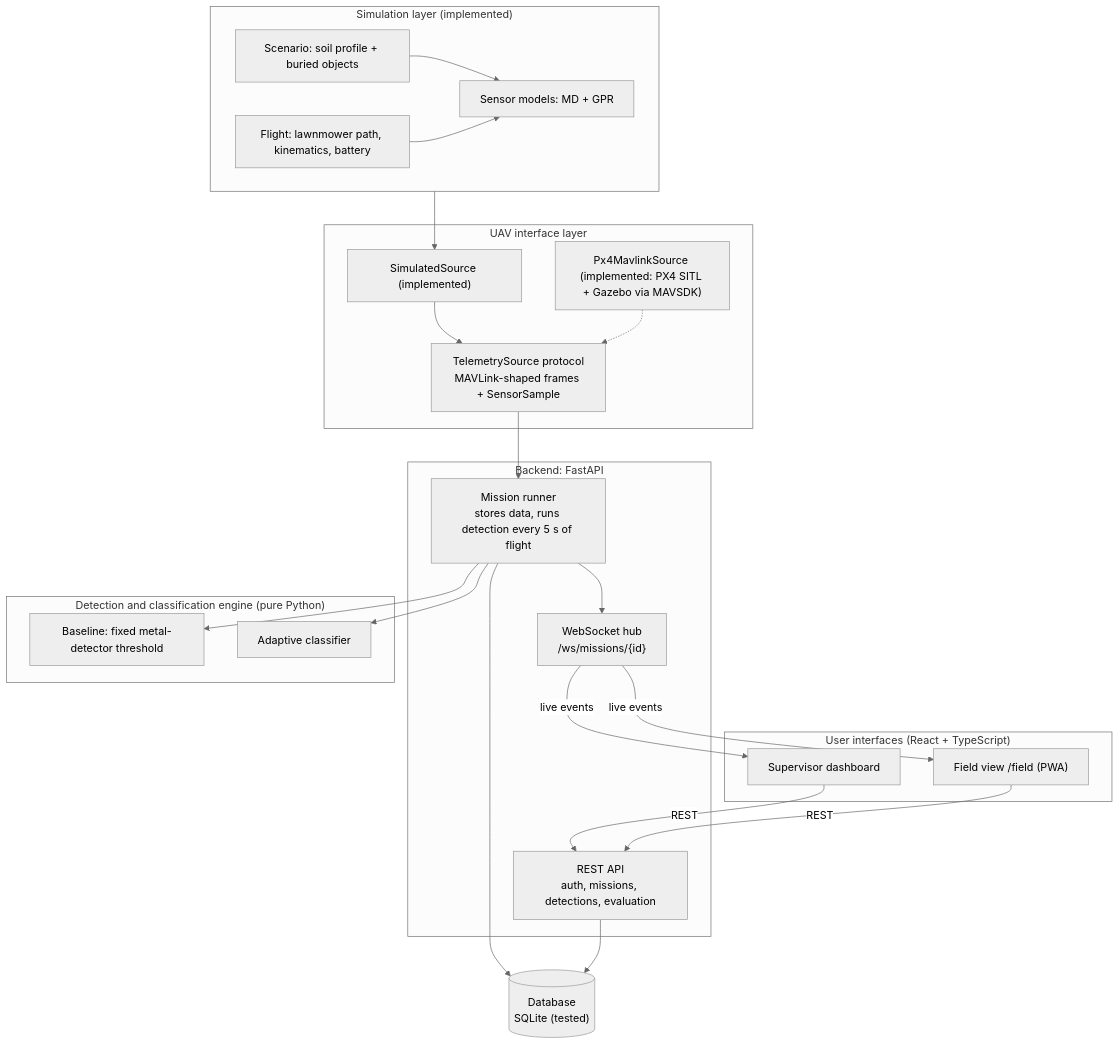
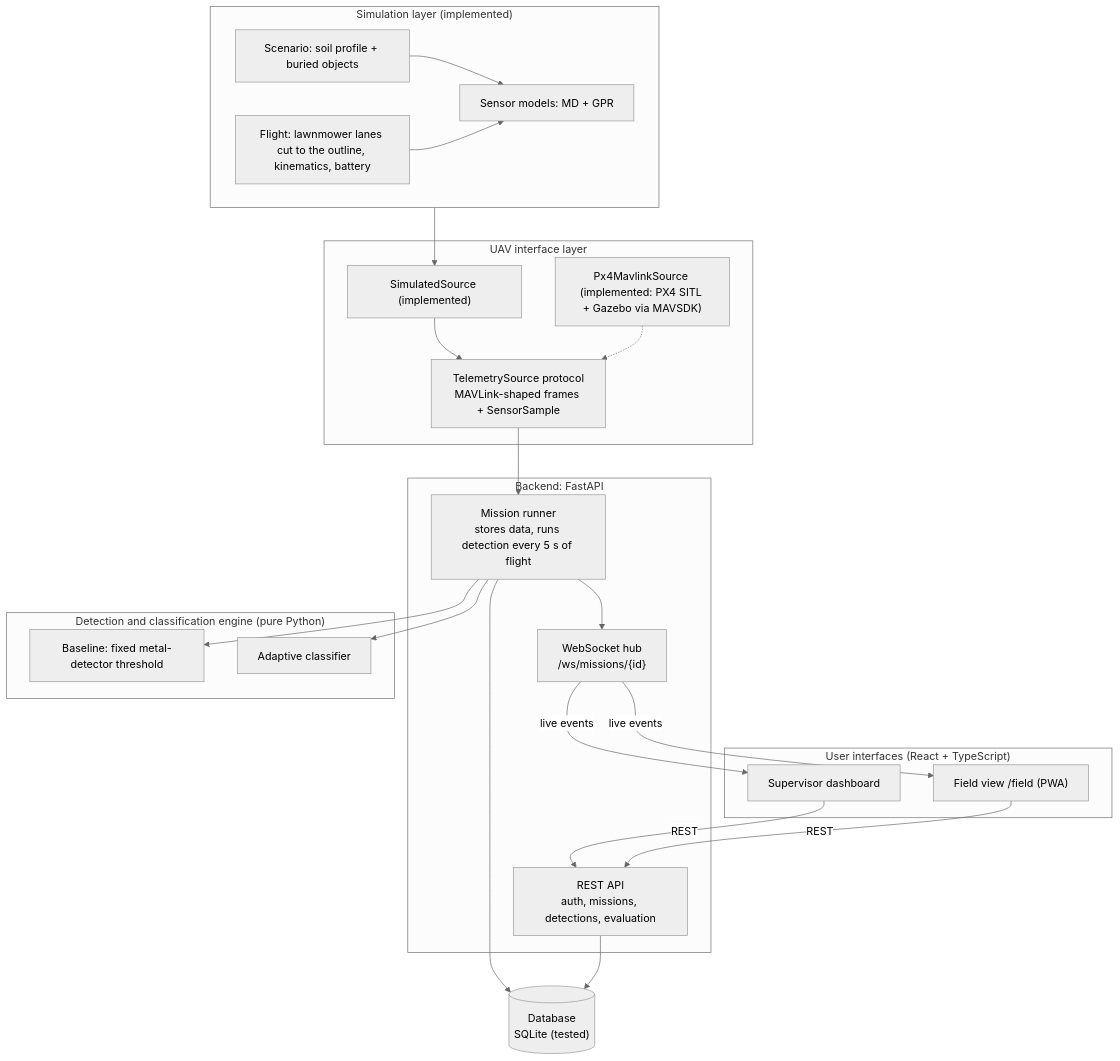
Before and after one commit to Mnsour-Aldossari/gradProjectPrototype: the first of 4 diagrams in docs/ARCHITECTURE.md, drawn with Mermaid (neutral theme). The commit also changed 2 other files, not shown here.

Commit message:
Docs: planning a survey area, takeoff and landing points

````diff
--- a/docs/ARCHITECTURE.md
+++ b/docs/ARCHITECTURE.md
@@ -45,48 +45,48 @@
 ```mermaid
 flowchart TB
     subgraph SIM["Simulation layer (implemented)"]
         SC["Scenario: soil profile + buried objects"]
-        FL["Flight: lawnmower path, kinematics, battery"]
+        FL["Flight: lawnmower lanes cut to the outline, kinematics, battery"]
         SE["Sensor models: MD + GPR"]
     end
 
     subgraph UAV["UAV interface layer"]
         TS["TelemetrySource protocol<br/>MAVLink-shaped frames + SensorSample"]
         SS["SimulatedSource (implemented)"]
         PX["Px4MavlinkSource (implemented: PX4 SITL + Gazebo via MAVSDK)"]
     end
 
     subgraph BE["Backend: FastAPI"]
         API["REST API<br/>auth, missions, detections, evaluation"]
         RUN["Mission runner<br/>stores data, runs detection every 5 s of flight"]
         HUB["WebSocket hub<br/>/ws/missions/{id}"]
     end
 
     subgraph DET["Detection and classification engine (pure Python)"]
         BL["Baseline: fixed metal-detector threshold"]
         AD["Adaptive classifier"]
     end
 
     DB[("Database<br/>SQLite (tested)")]
 
     subgraph UI["User interfaces (React + TypeScript)"]
         WEB["Supervisor dashboard"]
         FIELD["Field view /field (PWA)"]
     end
 
     SC --> SE
     FL --> SE
     SIM --> SS
     SS --> TS
     PX -.-> TS
     TS --> RUN
     RUN --> AD
     RUN --> BL
     RUN --> DB
     RUN --> HUB
     API --> DB
     WEB -- REST --> API
     FIELD -- REST --> API
     HUB -- live events --> WEB
     HUB -- live events --> FIELD
 ```
````
